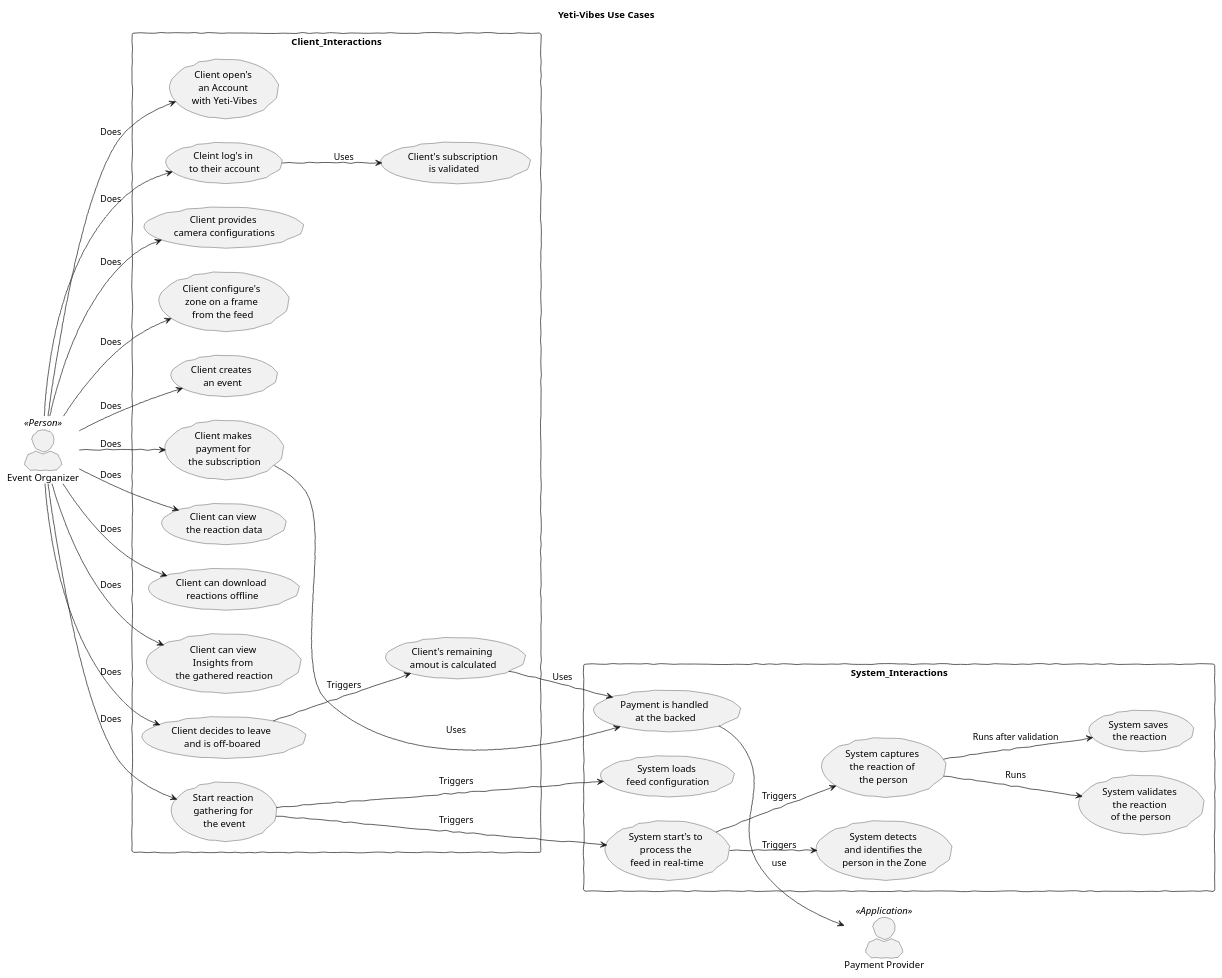
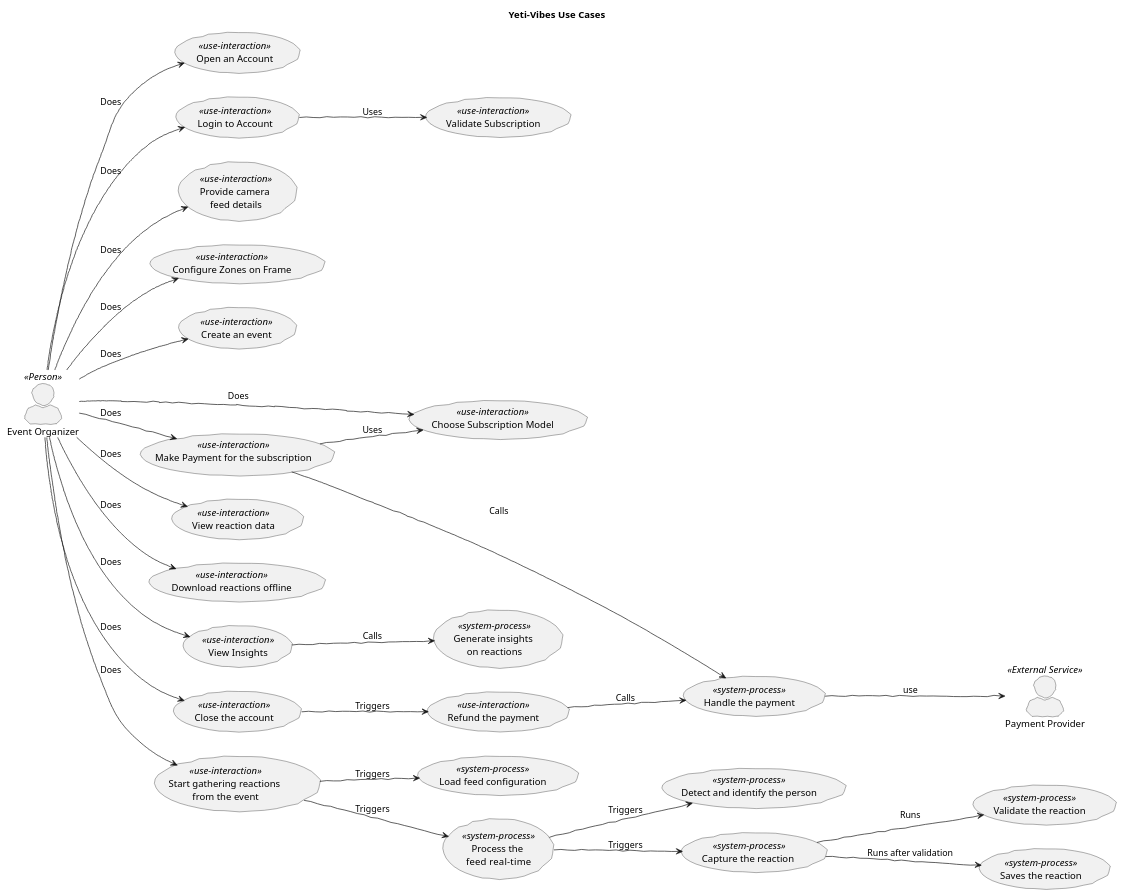
One commit to backendkolawole/yeti-crowd-insights changed the diagram in docs/diagrams/src/yeti-vibes-use-cases.puml. Above: the diagram before and after it, drawn with PlantUML. The commit also changed 2 other files, not shown here.

Commit message:
Updated yeti-vibes use cases. Add the use case to design readme.

```diff
--- a/docs/diagrams/src/yeti-vibes-use-cases.puml
+++ b/docs/diagrams/src/yeti-vibes-use-cases.puml
@@ -1,69 +1,74 @@
 @startuml yeti_vibes_use_case_diagram
 title "Yeti-Vibes Use Cases"
 
 ' Layout settings
 skinparam actorStyle awesome
 skinparam handwritten true
 left to right direction
 
 ' Actor definitions
 actor :Event Organizer: as Client <<Person>>
-actor :Payment Provider: as PaymentProvider <<Application>>
+actor :Payment Provider: as PaymentProvider <<External Service>>
 
 ' Client interaction use cases
-rectangle Client_Interactions {
-    usecase OpensAccount as "Client open's \nan Account \nwith Yeti-Vibes"
-    usecase ClientLogin as "Cleint log's in \nto their account"
-    usecase ValidateSubscription as "Client's subscription \nis validated"
-    usecase ConfigureCamera as "Client provides \ncamera configurations"
-    usecase ConfigureFrame as "Client configure's \nzone on a frame \nfrom the feed"
-    usecase CreateEvent as "Client creates \nan event"
-    usecase MakePayment as "Client makes \npayment for \nthe subscription"
-    usecase ViewReactions as "Client can view \nthe reaction data"
-    usecase DownloadReactions as "Client can download \nreactions offline"
-    usecase ViewInsights as "Client can view \nInsights from \nthe gathered reaction"
-    usecase OffBoardClient as "Client decides to leave \nand is off-boared"
-    usecase RefundPayment as "Client's remaining \namout is calculated"
-    usecase StartEvent as "Start reaction \ngathering for \nthe event"
-}
+'rectangle Client_Interactions {
+    usecase OpenAccount as "Open an Account" <<use-interaction>>
+    usecase Login as "Login to Account" <<use-interaction>>
+    usecase ValidateSubscription as "Validate Subscription" <<use-interaction>>
+    usecase ConfigureCamera as "Provide camera \nfeed details" <<use-interaction>>
+    usecase ConfigureFrame as "Configure Zones on Frame" <<use-interaction>>
+    usecase CreateEvent as "Create an event" <<use-interaction>>
+    usecase ChooseSubscription as "Choose Subscription Model" <<use-interaction>>
+    usecase MakePayment as "Make Payment for the subscription" <<use-interaction>>
+    usecase ViewReactions as "View reaction data" <<use-interaction>>
+    usecase DownloadReactions as "Download reactions offline" <<use-interaction>>
+    usecase ViewInsights as "View Insights" <<use-interaction>>
+    usecase CloseAccount as "Close the account" <<use-interaction>>
+    usecase RefundPayment as "Refund the payment" <<use-interaction>>
+    usecase StartEvent as "Start gathering reactions \nfrom the event" <<use-interaction>>
+'}
 
 
 ' System process use cases
-rectangle System_Interactions {
-    usecase LoadConfiguration as "System loads \nfeed configuration"
-    usecase ProcessFeed as "System start's to \nprocess the \nfeed in real-time" 
-    usecase IdentifyPerson as "System detects \nand identifies the \nperson in the Zone"
-    usecase CaptureReaction as "System captures \nthe reaction of \nthe person"
-    usecase ValidateReaction as "System validates \nthe reaction \nof the person"
-    usecase SaveReaction as "System saves \nthe reaction"
-    usecase HandlePayment as "Payment is handled \nat the backed"
-}
+'rectangle System_Interactions {
+    usecase LoadConfiguration as "Load feed configuration" <<system-process>>
+    usecase ProcessFeed as "Process the \nfeed  real-time" <<system-process>>
+    usecase IdentifyPerson as "Detect and identify the person" <<system-process>>
+    usecase CaptureReaction as "Capture the reaction " <<system-process>>
+    usecase ValidateReaction as "Validate the reaction" <<system-process>>
+    usecase SaveReaction as "Saves the reaction" <<system-process>>
+    usecase GenerateInsights as "Generate insights \non reactions" <<system-process>>
+    usecase HandlePayment as "Handle the payment" <<system-process>>
+'}
 
 ' Client interactions
-Client --> OpensAccount : Does
-Client --> ClientLogin : Does
-ClientLogin --> ValidateSubscription : Uses
+Client --> OpenAccount : Does
+Client --> Login : Does
+Login --> ValidateSubscription : Uses
 Client --> ConfigureCamera : Does
 Client --> ConfigureFrame : Does
 Client --> CreateEvent : Does
+Client --> ChooseSubscription : Does
 Client --> MakePayment : Does
-MakePayment --> HandlePayment : Uses
+MakePayment --> ChooseSubscription : Uses
+MakePayment --> HandlePayment : Calls
 Client --> StartEvent : Does
 Client --> ViewReactions : Does
 Client --> DownloadReactions : Does
 Client --> ViewInsights : Does
-Client --> OffBoardClient : Does
-OffBoardClient --> RefundPayment : Triggers
-RefundPayment --> HandlePayment : Uses
+ViewInsights --> GenerateInsights : Calls
+Client --> CloseAccount : Does
+CloseAccount --> RefundPayment : Triggers
+RefundPayment --> HandlePayment : Calls
 
 
 ' System interactions
 StartEvent --> LoadConfiguration : Triggers
 StartEvent --> ProcessFeed : Triggers
 ProcessFeed --> IdentifyPerson : Triggers
 ProcessFeed --> CaptureReaction : Triggers
 CaptureReaction --> ValidateReaction : Runs
 CaptureReaction --> SaveReaction : Runs after validation
 HandlePayment --> PaymentProvider : use
 
 @enduml
```
